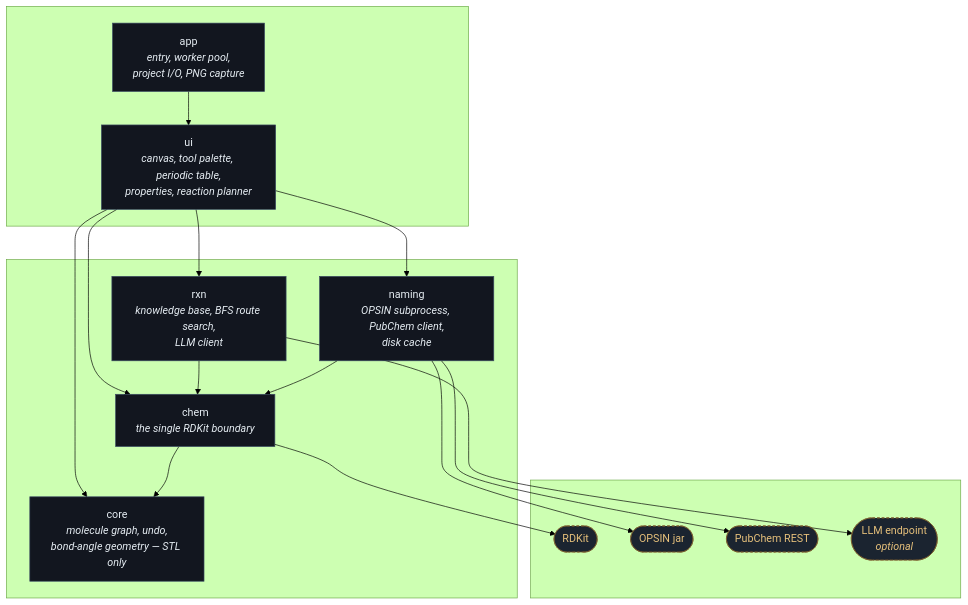
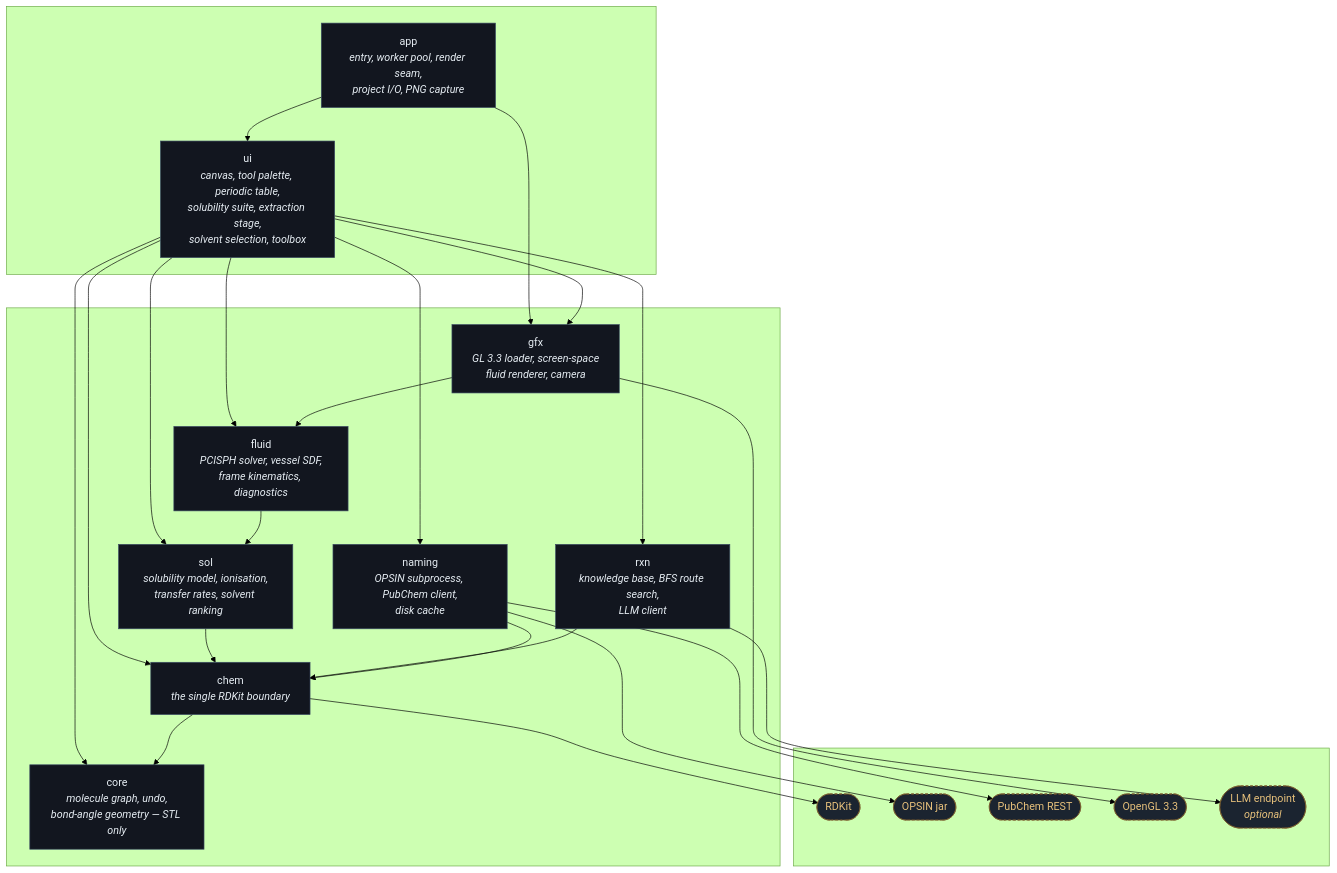
Before and after one commit to CharlesEdmonds/chem-cad: the first of 4 diagrams in README.md, drawn with Mermaid (forest theme). The commit also changed other lines of this file, not shown here.

First line of the commit message:
Expose the accuracy/interactivity trade, layer the liquids, document the architecture

````diff
--- a/README.md
+++ b/README.md
@@ -46,39 +55,51 @@
 ```mermaid
 flowchart TD
     subgraph UI[" "]
-        app["app<br/><i>entry, worker pool,<br/>project I/O, PNG capture</i>"]
-        ui["ui<br/><i>canvas, tool palette, periodic table,<br/>properties, reaction planner</i>"]
+        app["app<br/><i>entry, worker pool, render seam,<br/>project I/O, PNG capture</i>"]
+        ui["ui<br/><i>canvas, tool palette, periodic table,<br/>solubility suite, extraction stage,<br/>solvent selection, toolbox</i>"]
     end
 
     subgraph Domain[" "]
+        gfx["gfx<br/><i>GL 3.3 loader, screen-space<br/>fluid renderer, camera</i>"]
+        fluid["fluid<br/><i>PCISPH solver, vessel SDF,<br/>frame kinematics, diagnostics</i>"]
+        sol["sol<br/><i>solubility model, ionisation,<br/>transfer rates, solvent ranking</i>"]
         rxn["rxn<br/><i>knowledge base, BFS route search,<br/>LLM client</i>"]
         naming["naming<br/><i>OPSIN subprocess, PubChem client,<br/>disk cache</i>"]
         chem["chem<br/><i>the single RDKit boundary</i>"]
         core["core<br/><i>molecule graph, undo,<br/>bond-angle geometry — STL only</i>"]
     end
 
     subgraph External[" "]
         rdkit(["RDKit"])
         opsin(["OPSIN jar"])
         pubchem(["PubChem REST"])
+        gl(["OpenGL 3.3"])
         llm(["LLM endpoint<br/><i>optional</i>"])
     end
 
     app --> ui
+    app --> gfx
+    ui --> gfx
+    ui --> fluid
+    ui --> sol
     ui --> rxn
     ui --> naming
     ui --> chem
     ui --> core
+    gfx --> fluid
+    fluid --> sol
+    sol --> chem
     rxn --> chem
     naming --> chem
     chem --> core
     chem --> rdkit
+    gfx --> gl
     naming --> opsin
     naming --> pubchem
     rxn --> llm
 
     classDef box fill:#12161f,stroke:#3b4c63,color:#e6edf3
     classDef ext fill:#1b2430,stroke:#7a5c2e,color:#e6c07b,stroke-dasharray: 4 3
-    class app,ui,rxn,naming,chem,core box
-    class rdkit,opsin,pubchem,llm ext
+    class app,ui,gfx,fluid,sol,rxn,naming,chem,core box
+    class rdkit,opsin,pubchem,gl,llm ext
 ```
````
